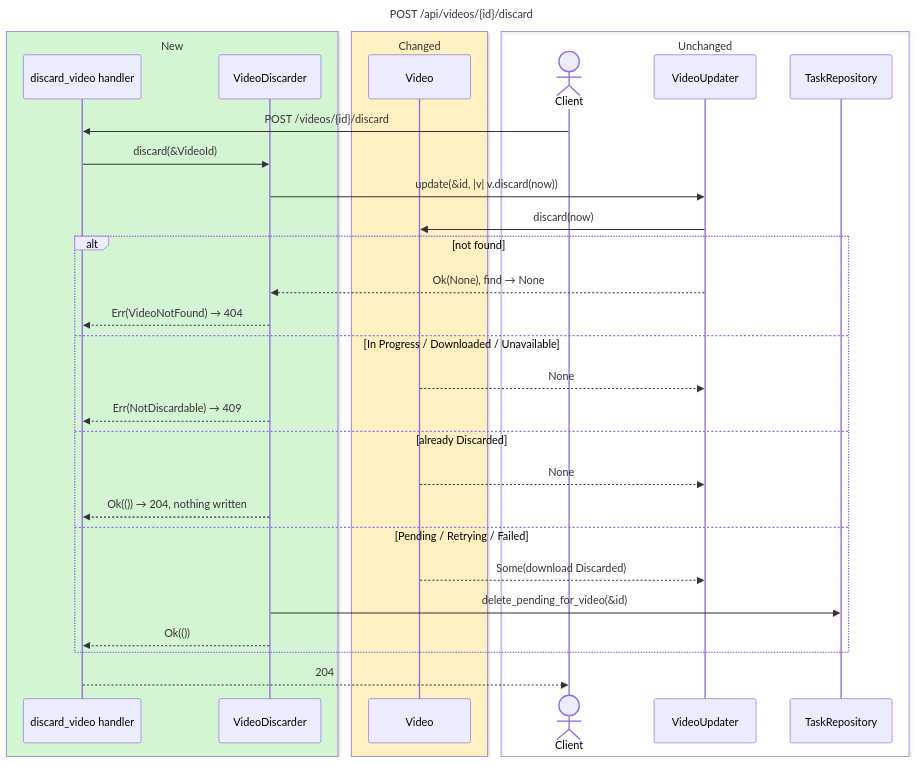
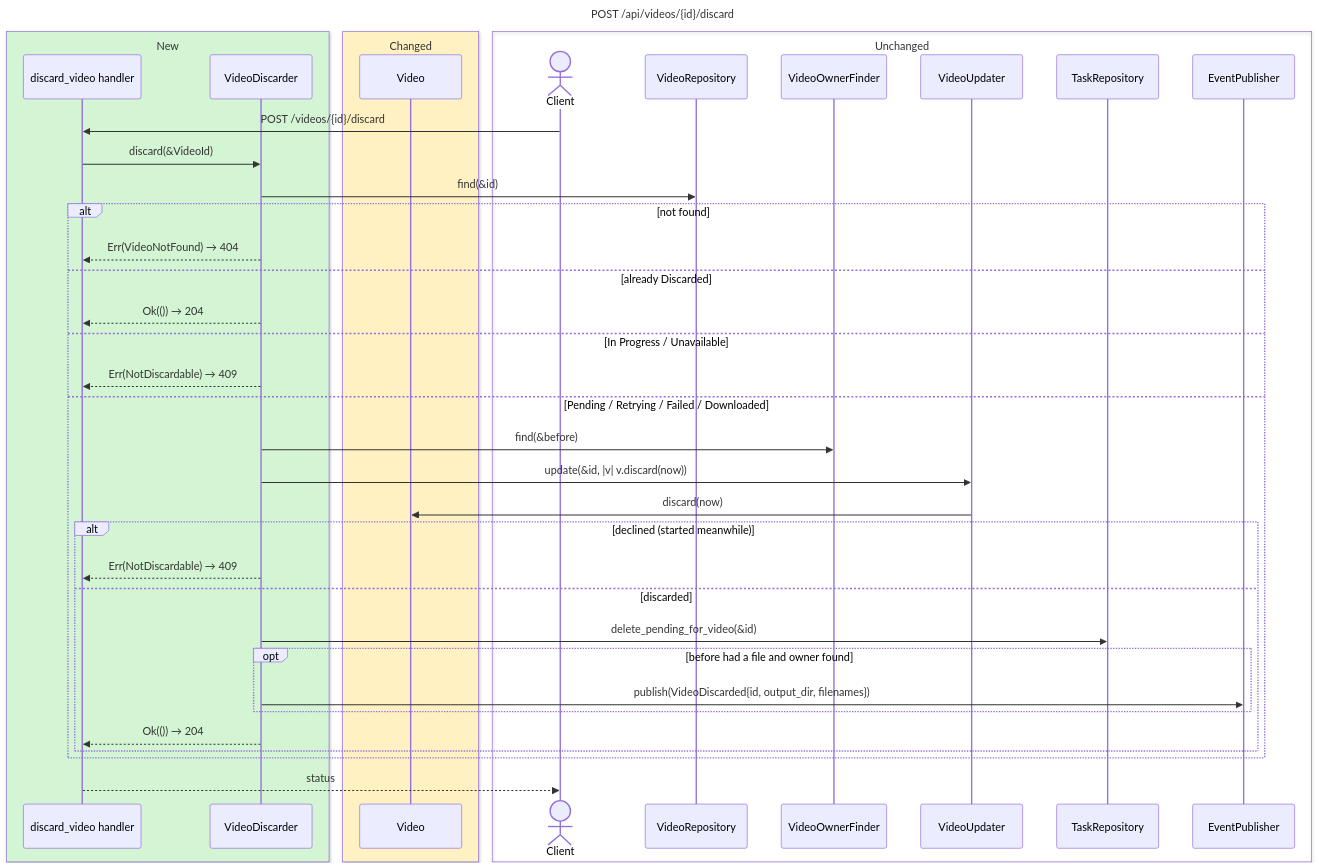
One commit to sergigp/yarrtube changed the fourth of 6 diagrams in openspec/changes/discard-video/design.md. Above: the diagram before and after it, drawn with Mermaid. The commit also changed other lines of this file and 7 other files, not shown here.

Commit message:
Revise discard-video: irreversible, downloaded videos, skipped videos outside channel limit

````diff
--- a/openspec/changes/discard-video/design.md
+++ b/openspec/changes/discard-video/design.md
@@ -111,37 +141,45 @@
 ```mermaid
 ---
 title: POST /api/videos/{id}/discard
 ---
 sequenceDiagram
   box rgb(212,245,212) New
     participant H as discard_video handler
     participant D as VideoDiscarder
   end
   box rgb(255,241,194) Changed
     participant V as Video
   end
   box Unchanged
     actor C as Client
+    participant R as VideoRepository
+    participant O as VideoOwnerFinder
     participant U as VideoUpdater
     participant T as TaskRepository
+    participant E as EventPublisher
   end
   C->>H: POST /videos/{id}/discard
   H->>D: discard(&VideoId)
-  D->>U: update(&id, |v| v.discard(now))
-  U->>V: discard(now)
+  D->>R: find(&id)
   alt not found
-    U-->>D: Ok(None), find → None
     D-->>H: Err(VideoNotFound) → 404
-  else In Progress / Downloaded / Unavailable
-    V-->>U: None
+  else already Discarded
+    D-->>H: Ok(()) → 204
+  else In Progress / Unavailable
     D-->>H: Err(NotDiscardable) → 409
-  else already Discarded
-    V-->>U: None
-    D-->>H: Ok(()) → 204, nothing written
-  else Pending / Retrying / Failed
-    V-->>U: Some(download Discarded)
-    D->>T: delete_pending_for_video(&id)
-    D-->>H: Ok(())
+  else Pending / Retrying / Failed / Downloaded
+    D->>O: find(&before)
+    D->>U: update(&id, |v| v.discard(now))
+    U->>V: discard(now)
+    alt declined (started meanwhile)
+      D-->>H: Err(NotDiscardable) → 409
+    else discarded
+      D->>T: delete_pending_for_video(&id)
+      opt before had a file and owner found
+        D->>E: publish(VideoDiscarded{id, output_dir, filenames})
+      end
+      D-->>H: Ok(()) → 204
+    end
   end
-  H-->>C: 204
+  H-->>C: status
 ```
````
